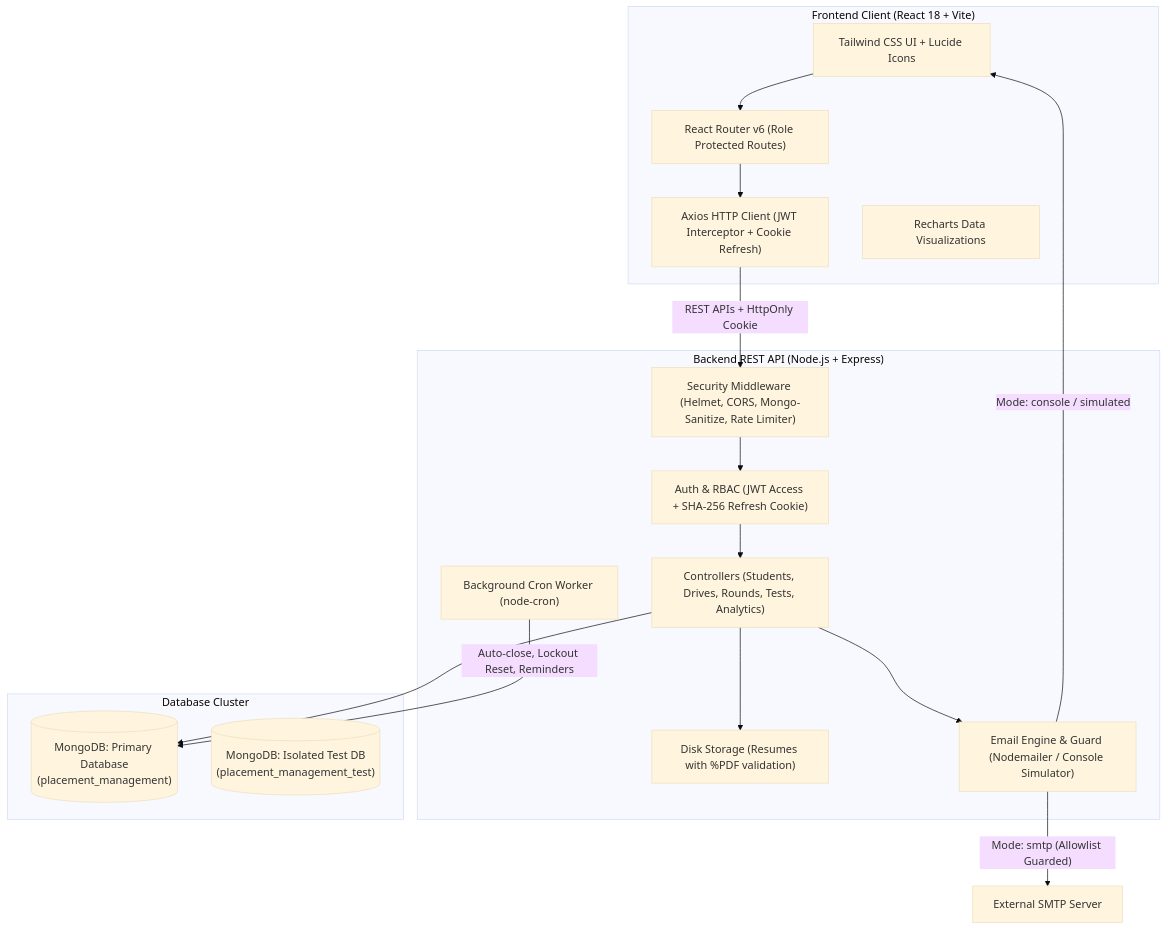
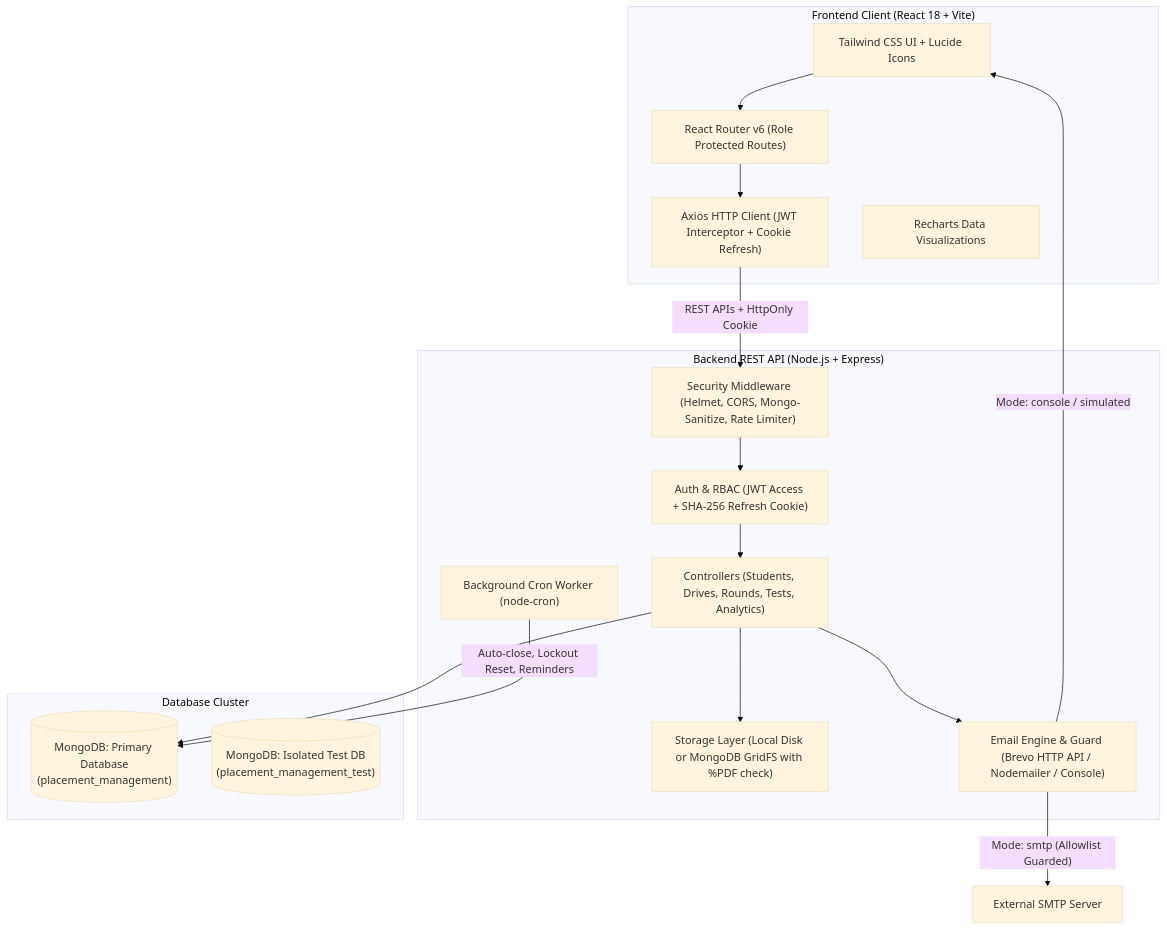
The first of 2 diagrams in README.md (Krunalsinh27/ai-placement-platform), drawn with Mermaid (base theme) before and after one commit. The commit also changed other lines of this file and 19 other files, not shown here.

Commit message:
feat: production storage, cookies, email provider and deployment config

````diff
--- a/README.md
+++ b/README.md
@@ -13,33 +13,33 @@
 ```mermaid
 flowchart TD
     subgraph Client["Frontend Client (React 18 + Vite)"]
         UI["Tailwind CSS UI + Lucide Icons"]
         Router["React Router v6 (Role Protected Routes)"]
         AxiosClient["Axios HTTP Client (JWT Interceptor + Cookie Refresh)"]
         Charts["Recharts Data Visualizations"]
     end
 
     subgraph Server["Backend REST API (Node.js + Express)"]
         Middleware["Security Middleware (Helmet, CORS, Mongo-Sanitize, Rate Limiter)"]
         AuthModule["Auth & RBAC (JWT Access + SHA-256 Refresh Cookie)"]
         Controllers["Controllers (Students, Drives, Rounds, Tests, Analytics)"]
-        Storage["Disk Storage (Resumes with %PDF validation)"]
+        Storage["Storage Layer (Local Disk or MongoDB GridFS with %PDF check)"]
         CronService["Background Cron Worker (node-cron)"]
-        EmailService["Email Engine & Guard (Nodemailer / Console Simulator)"]
+        EmailService["Email Engine & Guard (Brevo HTTP API / Nodemailer / Console)"]
     end
 
     subgraph Database["Database Cluster"]
         MongoMain[("MongoDB: Primary Database\n(placement_management)")]
         MongoTest[("MongoDB: Isolated Test DB\n(placement_management_test)")]
     end
 
     UI --> Router --> AxiosClient
     AxiosClient -- "REST APIs + HttpOnly Cookie" --> Middleware
     Middleware --> AuthModule --> Controllers
     Controllers --> Storage
     Controllers --> MongoMain
     CronService -- "Auto-close, Lockout Reset, Reminders" --> MongoMain
     Controllers --> EmailService
     EmailService -- "Mode: console / simulated" --> UI
     EmailService -- "Mode: smtp (Allowlist Guarded)" --> SMTP[External SMTP Server]
 ```
````
